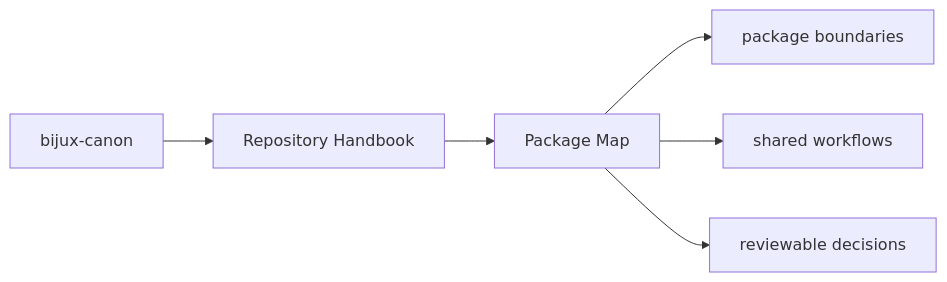
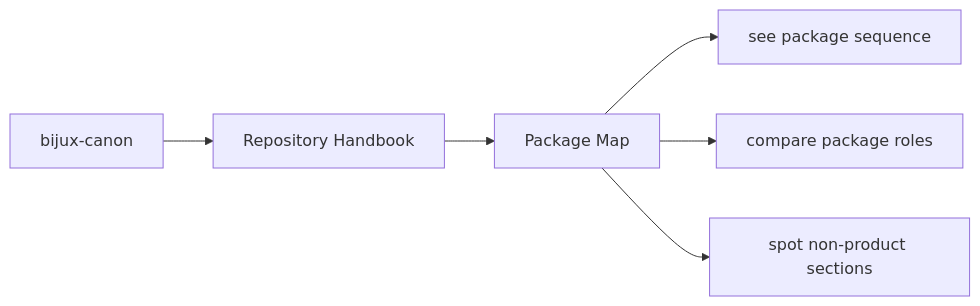
Before and after one commit to bijux/bijux-canon: the first of 2 diagrams in docs/bijux-canon/package-map.md, drawn with Mermaid. The commit also changed other lines of this file and 11 other files, not shown here.

Commit message:
docs(diagrams): clarify root handbook maps

````diff
--- a/docs/bijux-canon/package-map.md
+++ b/docs/bijux-canon/package-map.md
@@ -38,11 +38,11 @@
 ```mermaid
 flowchart LR
     scope["bijux-canon"] --> section["Repository Handbook"]
     section --> page["Package Map"]
-    dest1["package boundaries"]
-    dest2["shared workflows"]
-    dest3["reviewable decisions"]
+    dest1["see package sequence"]
+    dest2["compare package roles"]
+    dest3["spot non-product sections"]
     page --> dest1
     page --> dest2
     page --> dest3
 ```
````
